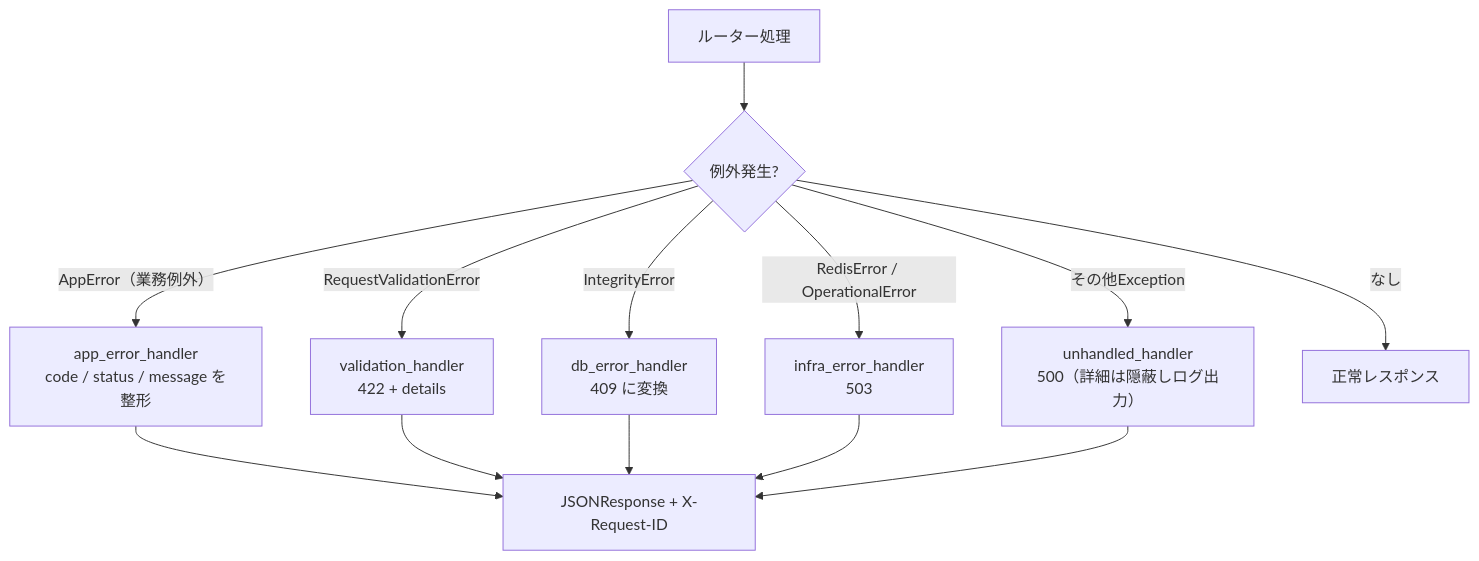
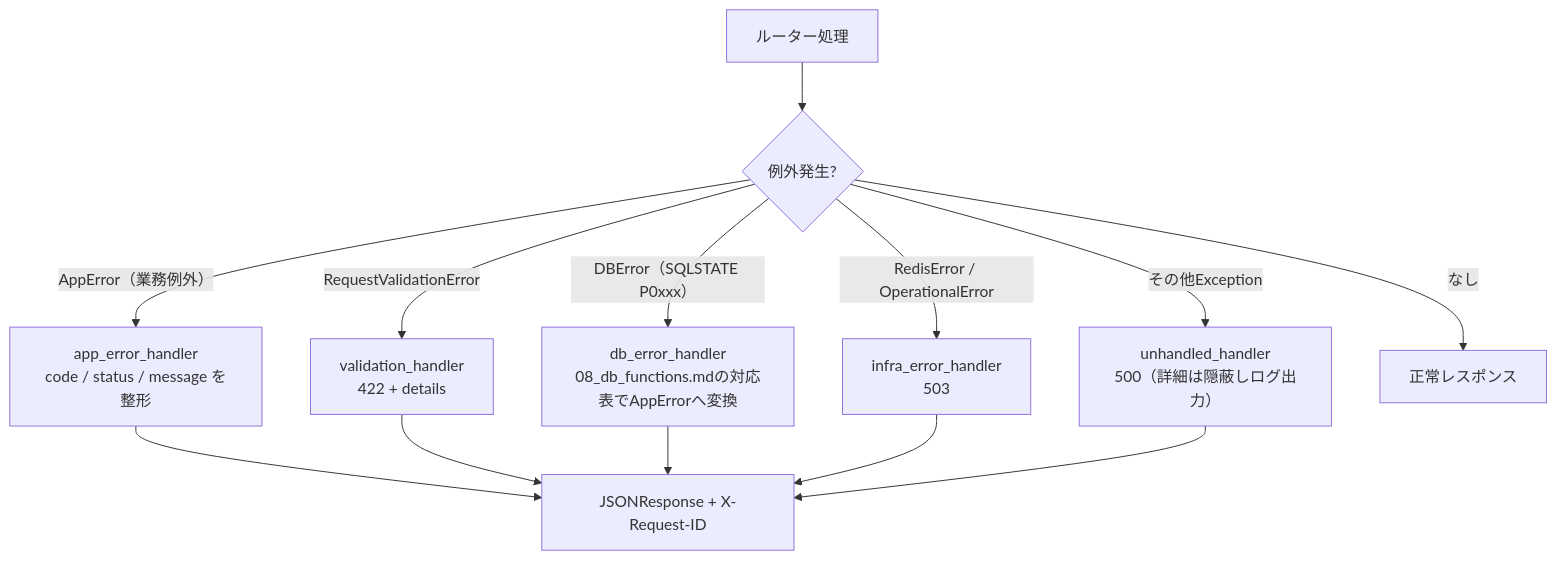
One commit to oikawa-d/task_management changed the first of 4 diagrams in basic_design/04_api.md. Above: the diagram before and after it, drawn with Mermaid. The commit also changed other lines of this file and 58 other files, not shown here.

````diff
--- a/basic_design/04_api.md
+++ b/basic_design/04_api.md
@@ -446,15 +447,15 @@
 ```mermaid
 flowchart TB
     A["ルーター処理"] --> B{"例外発生?"}
     B -->|"AppError（業務例外）"| C["app_error_handler<br/>code / status / message を整形"]
     B -->|"RequestValidationError"| D["validation_handler<br/>422 + details"]
-    B -->|"IntegrityError"| E["db_error_handler<br/>409 に変換"]
+    B -->|"DBError（SQLSTATE P0xxx）"| E["db_error_handler<br/>08_db_functions.mdの対応表でAppErrorへ変換"]
     B -->|"RedisError / OperationalError"| F["infra_error_handler<br/>503"]
     B -->|"その他Exception"| G["unhandled_handler<br/>500（詳細は隠蔽しログ出力）"]
     B -->|なし| H["正常レスポンス"]
     C --> I["JSONResponse + X-Request-ID"]
     D --> I
     E --> I
     F --> I
     G --> I
 ```
````
